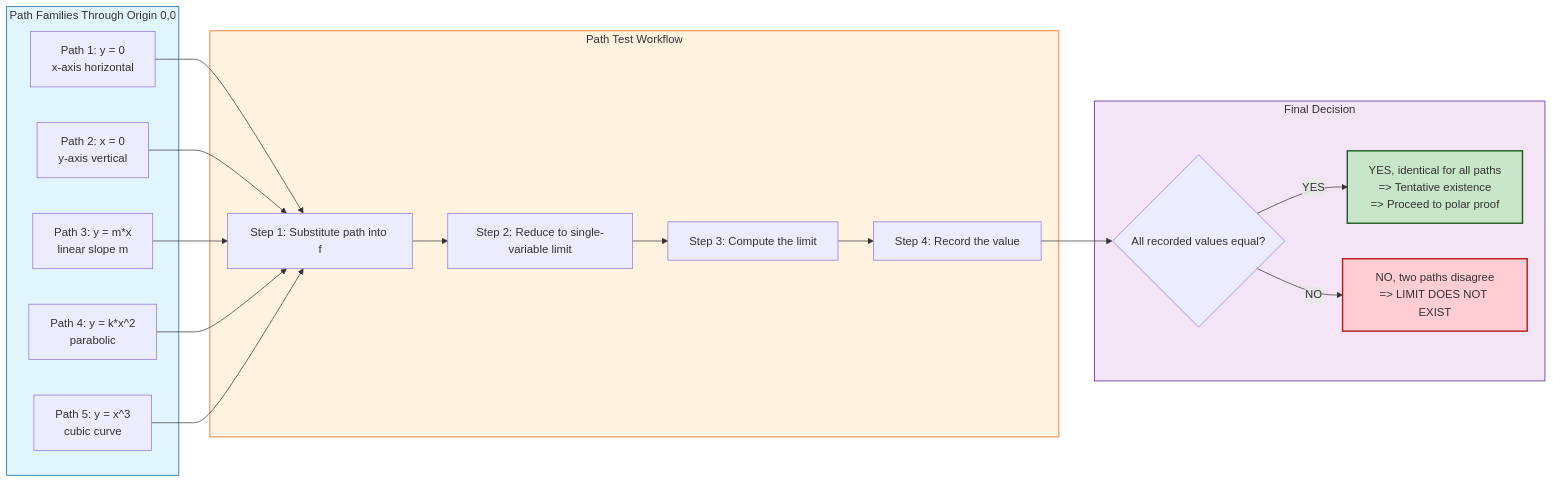
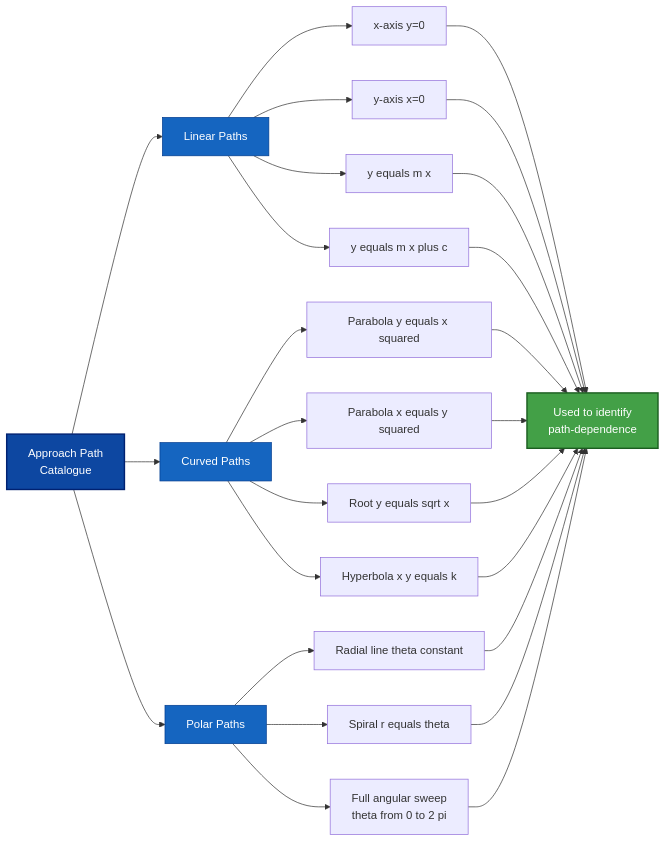
One commit to vishnuu-kr/ktunode changed the second of 3 diagrams in public/notes/computer-science-and-engineering/semester-1/gamat101-mathematics-for-information-science-1/02-module-2-functions-of-several-variables-domains-and-ranges/limits-for-functions-of-two-variables/notes.md. Above: the diagram before and after it, drawn with Mermaid. The commit also changed other lines of this file and 4829 other files, not shown here.

````diff
--- a/public/notes/computer-science-and-engineering/semester-1/gamat101-mathematics-for-information-science-1/02-module-2-functions-of-several-variables-domains-and-ranges/limits-for-functions-of-two-variables/notes.md
+++ b/public/notes/computer-science-and-engineering/semester-1/gamat101-mathematics-for-information-science-1/02-module-2-functions-of-several-variables-domains-and-ranges/limits-for-functions-of-two-variables/notes.md
@@ -498,39 +436,38 @@
 ```mermaid
-graph LR
-    subgraph PATHS[Path Families Through Origin 0,0]
-        P1["Path 1: y = 0\nx-axis horizontal"]
-        P2["Path 2: x = 0\ny-axis vertical"]
-        P3["Path 3: y = m*x\nlinear slope m"]
-        P4["Path 4: y = k*x^2\nparabolic"]
-        P5["Path 5: y = x^3\ncubic curve"]
-    end
+flowchart LR
+    R["Approach Path<br/>Catalogue"] --> R1["Linear Paths"]
+    R --> R2["Curved Paths"]
+    R --> R3["Polar Paths"]
 
-    subgraph ANALYSIS[Path Test Workflow]
-        S1[Step 1: Substitute path into f]
-        S2[Step 2: Reduce to single-variable limit]
-        S3[Step 3: Compute the limit]
-        S4[Step 4: Record the value]
-    end
+    R1 --> R1a["x-axis y=0"]
+    R1 --> R1b["y-axis x=0"]
+    R1 --> R1c["y equals m x"]
+    R1 --> R1d["y equals m x plus c"]
 
-    subgraph DECISION[Final Decision]
-        D1{All recorded values equal?}
-        D2["YES, identical for all paths\n=> Tentative existence\n=> Proceed to polar proof"]
-        D3["NO, two paths disagree\n=> LIMIT DOES NOT EXIST"]
-    end
+    R2 --> R2a["Parabola y equals x squared"]
+    R2 --> R2b["Parabola x equals y squared"]
+    R2 --> R2c["Root y equals sqrt x"]
+    R2 --> R2d["Hyperbola x y equals k"]
 
-    P1 --> S1
-    P2 --> S1
-    P3 --> S1
-    P4 --> S1
-    P5 --> S1
-    S1 --> S2 --> S3 --> S4
-    S4 --> D1
-    D1 -- YES --> D2
-    D1 -- NO --> D3
+    R3 --> R3a["Radial line theta constant"]
+    R3 --> R3b["Spiral r equals theta"]
+    R3 --> R3c["Full angular sweep<br/>theta from 0 to 2 pi"]
 
-    style PATHS fill:#e1f5fe,stroke:#01579b,stroke-width:1px
-    style ANALYSIS fill:#fff3e0,stroke:#e65100,stroke-width:1px
-    style DECISION fill:#f3e5f5,stroke:#4a148c,stroke-width:1px
-    style D3 fill:#ffcdd2,stroke:#b71c1c,stroke-width:2px
-    style D2 fill:#c8e6c9,stroke:#1b5e20,stroke-width:2px
+    R1a --> USE["Used to identify<br/>path-dependence"]
+    R1b --> USE
+    R1c --> USE
+    R1d --> USE
+    R2a --> USE
+    R2b --> USE
+    R2c --> USE
+    R2d --> USE
+    R3a --> USE
+    R3b --> USE
+    R3c --> USE
+
+    style R fill:#0d47a1,color:#ffffff,stroke:#002171,stroke-width:2px
+    style R1 fill:#1565c0,color:#ffffff,stroke:#003c8f,stroke-width:1px
+    style R2 fill:#1565c0,color:#ffffff,stroke:#003c8f,stroke-width:1px
+    style R3 fill:#1565c0,color:#ffffff,stroke:#003c8f,stroke-width:1px
+    style USE fill:#43a047,color:#ffffff,stroke:#1b5e20,stroke-width:2px
 ```
````
